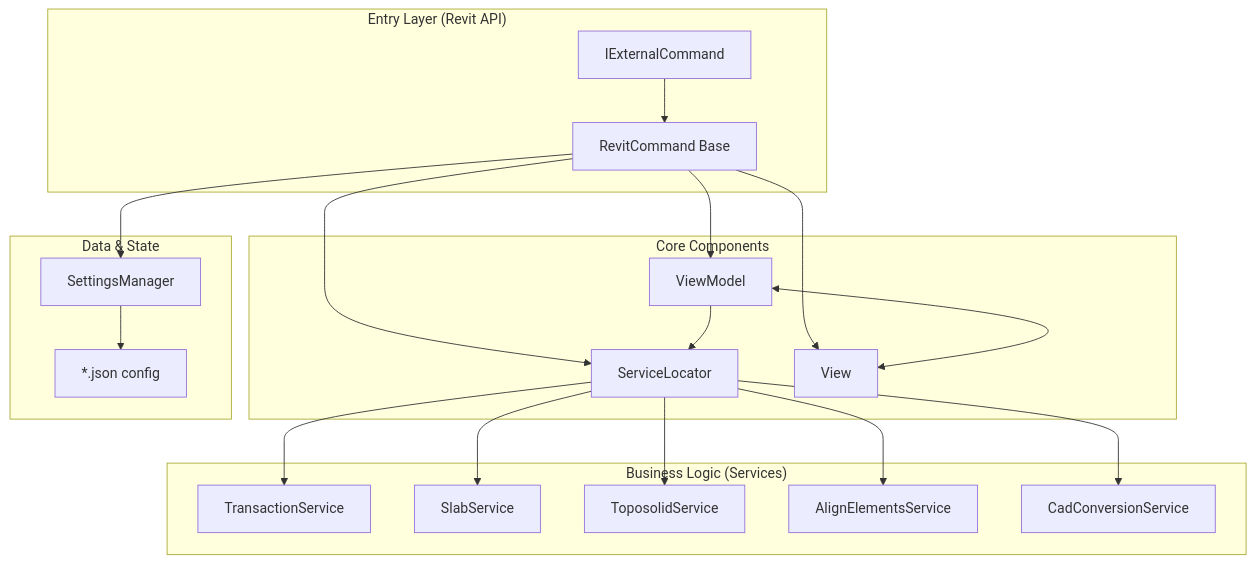
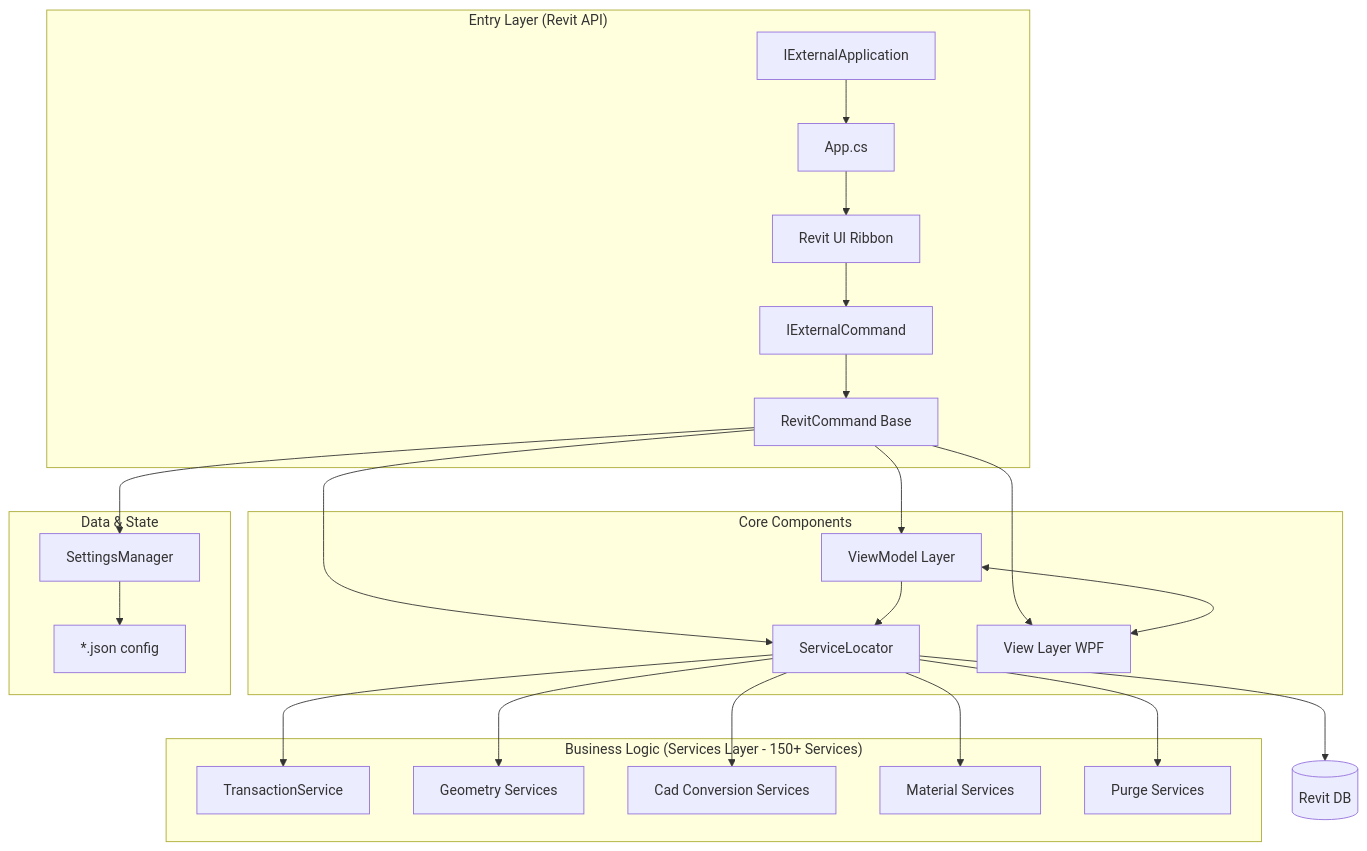
The diagram in .gsd/ARCHITECTURE.md (lecgarq/LECGrvt), drawn with Mermaid before and after one commit. The commit also changed other lines of this file and 2 other files, not shown here.

````diff
--- a/.gsd/ARCHITECTURE.md
+++ b/.gsd/ARCHITECTURE.md
@@ -9,28 +9,32 @@
 ```mermaid
 graph TD
     subgraph "Entry Layer (Revit API)"
-        EC[IExternalCommand] --> RC[RevitCommand Base]
+        EA[IExternalApplication] --> APP[App.cs]
+        APP --> Ribbon[Revit UI Ribbon]
+        Ribbon --> EC[IExternalCommand]
+        EC --> RC[RevitCommand Base]
     end
 
     subgraph "Core Components"
         RC --> SL[ServiceLocator]
-        RC --> VM[ViewModel]
-        RC --> V[View]
+        RC --> VM[ViewModel Layer]
+        RC --> V[View Layer WPF]
     end
 
-    subgraph "Business Logic (Services)"
+    subgraph "Business Logic (Services Layer - 150+ Services)"
         SL --> TS[TransactionService]
-        SL --> SS[SlabService]
-        SL --> TSOS[ToposolidService]
-        SL --> AS[AlignElementsService]
-        SL --> CCS[CadConversionService]
+        SL --> GeomS[Geometry Services]
+        SL --> CadS[Cad Conversion Services]
+        SL --> MatS[Material Services]
+        SL --> PurS[Purge Services]
     end
 
     subgraph "Data & State"
         RC --> SM[SettingsManager]
         SM --> JSON[*.json config]
     end
 
     VM <--> V
     VM --> SL
+    SL --> DB[(Revit DB)]
 ```
````
